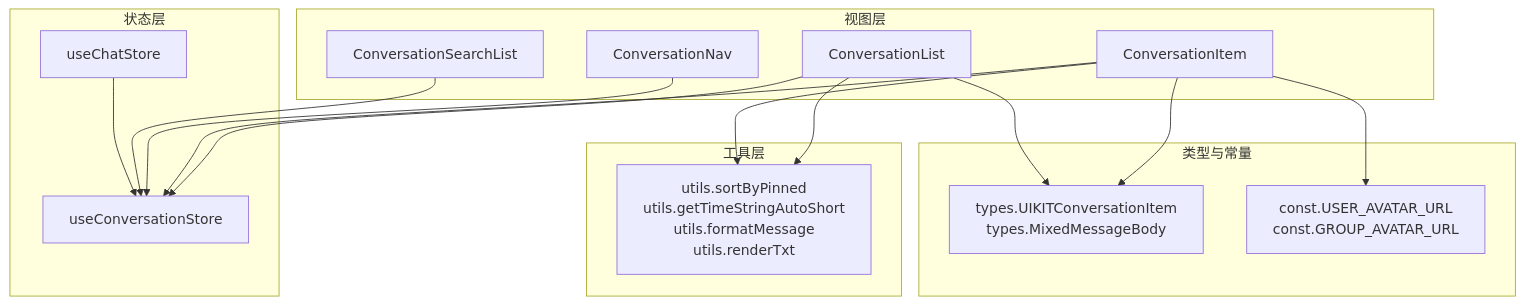
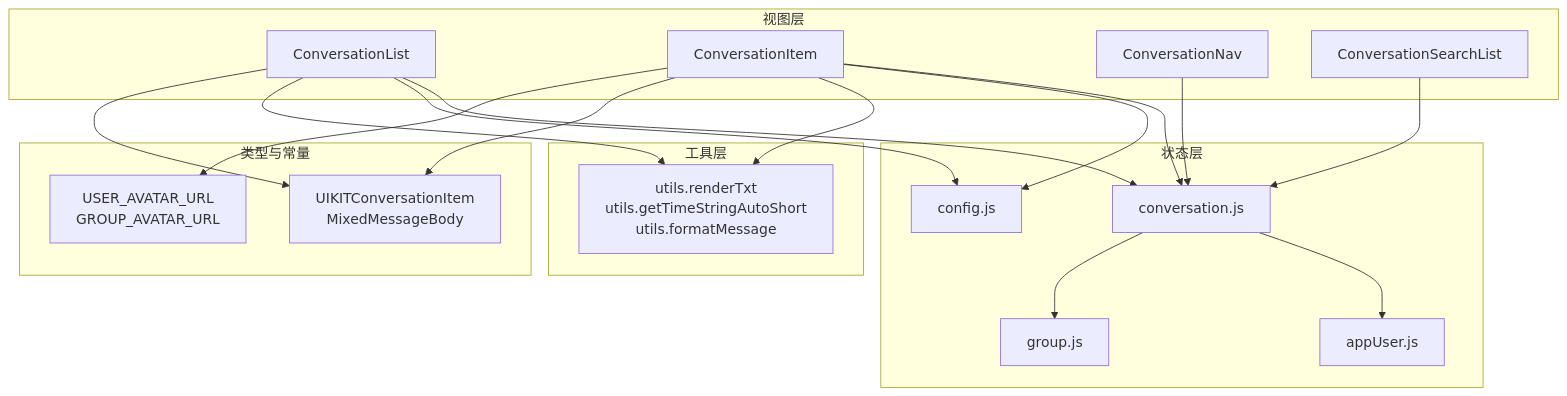
The second of 4 diagrams in .qoder/repowiki/zh/content/会话模块/会话模块.md (Easemob-Community/easemob-uikit-uniapp-community), drawn with Mermaid before and after one commit. The commit also changed other lines of this file and 14 other files, not shown here.

````diff
--- a/.qoder/repowiki/zh/content/会话模块/会话模块.md
+++ b/.qoder/repowiki/zh/content/会话模块/会话模块.md
@@ -130,30 +107,35 @@
 ```mermaid
 graph TB
 subgraph "视图层"
 L["ConversationList"]
 I["ConversationItem"]
 N["ConversationNav"]
 SE["ConversationSearchList"]
 end
 subgraph "状态层"
-CS["useConversationStore"]
-CH["useChatStore"]
+CS["conversation.js"]
+AU["appUser.js"]
+G["group.js"]
+CFG["config.js"]
 end
 subgraph "工具层"
-UT["utils.sortByPinned<br/>utils.getTimeStringAutoShort<br/>utils.formatMessage<br/>utils.renderTxt"]
+UT["utils.renderTxt<br/>utils.getTimeStringAutoShort<br/>utils.formatMessage"]
 end
 subgraph "类型与常量"
-TY["types.UIKITConversationItem<br/>types.MixedMessageBody"]
-CN["const.USER_AVATAR_URL<br/>const.GROUP_AVATAR_URL"]
+TY["UIKITConversationItem<br/>MixedMessageBody"]
+CN["USER_AVATAR_URL<br/>GROUP_AVATAR_URL"]
 end
 L --> CS
 I --> CS
 N --> CS
 SE --> CS
-CH --> CS
+CS --> AU
+CS --> G
+I --> CFG
+L --> CFG
+I --> UT
 L --> UT
-I --> UT
 I --> TY
 L --> TY
 I --> CN
 ```
````
